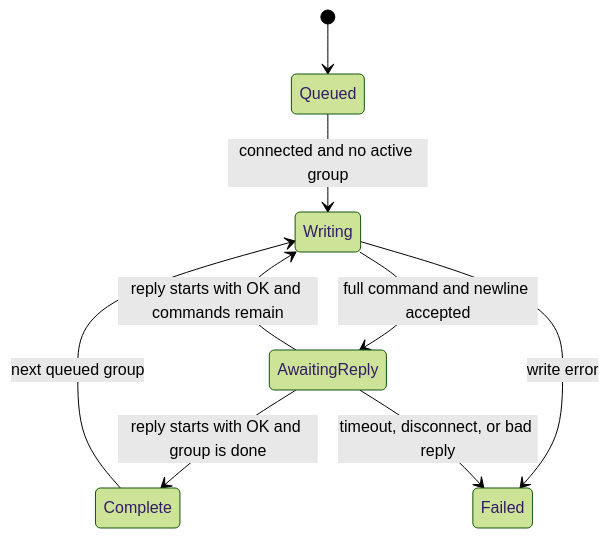
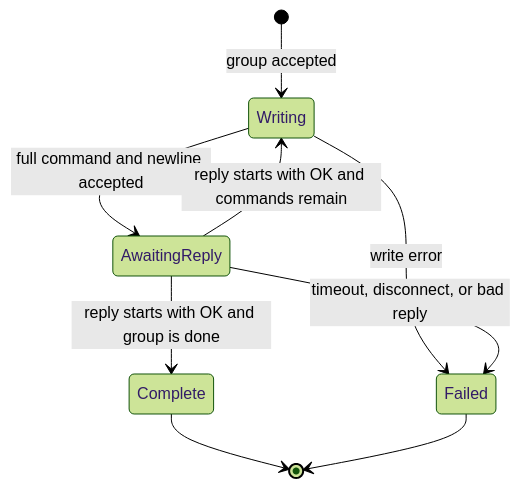
One commit to attackofthetitan/vicon-lsl-sync changed the sixth of 15 diagrams in docs/runtime-state-machines.md. Above: the diagram before and after it, drawn with Mermaid (forest theme). The commit also changed other lines of this file and 6 other files, not shown here.

````diff
--- a/docs/runtime-state-machines.md
+++ b/docs/runtime-state-machines.md
@@ -222,11 +227,11 @@
 ```mermaid
 stateDiagram-v2
-    [*] --> Queued
-    Queued --> Writing: connected and no active group
+    [*] --> Writing: group accepted
     Writing --> AwaitingReply: full command and newline accepted
     AwaitingReply --> Writing: reply starts with OK and commands remain
     AwaitingReply --> Complete: reply starts with OK and group is done
     Writing --> Failed: write error
     AwaitingReply --> Failed: timeout, disconnect, or bad reply
-    Complete --> Writing: next queued group
+    Complete --> [*]
+    Failed --> [*]
 ```
````
